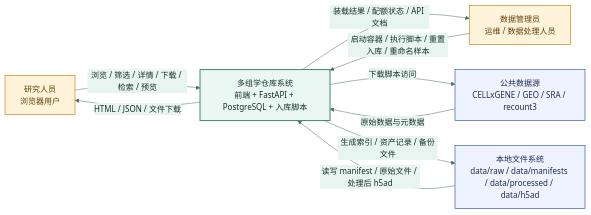
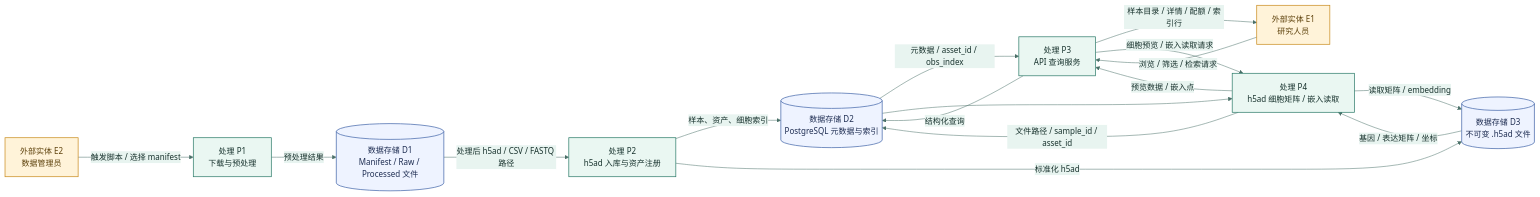
One commit to YourongZhou/sc_bulk_db changed the fourth of 9 diagrams in docs/system-engineering-figures-mermaid.md. Above: the diagram before and after it, drawn with Mermaid.

Commit message:
Update system-outer entity interaction figure.

````diff
--- a/docs/system-engineering-figures-mermaid.md
+++ b/docs/system-engineering-figures-mermaid.md
@@ -154,29 +154,47 @@
 ```mermaid
-%%{init: {'theme':'base','themeVariables': {'fontFamily':'PingFang SC, Microsoft YaHei, sans-serif','primaryColor':'#F8FBFA','primaryTextColor':'#18322D','primaryBorderColor':'#1F6B5D','lineColor':'#4A7068','secondaryColor':'#E8F4F0','tertiaryColor':'#FFF8E8'}, 'flowchart': {'curve':'basis','htmlLabels': true}} }%%
+---
+config:
+  theme: base
+  themeVariables:
+    fontFamily: ''
+    primaryColor: '#F8FBFA'
+    primaryTextColor: '#18322D'
+    primaryBorderColor: '#1F6B5D'
+    lineColor: '#4A7068'
+    secondaryColor: '#E8F4F0'
+    tertiaryColor: '#FFF8E8'
+  flowchart:
+    curve: basis
+    htmlLabels: true
+  layout: fixed
+---
 flowchart LR
-    U1["研究人员<br/>浏览器用户"]
-    U2["数据管理员<br/>运维 / 数据处理人员"]
-    E1["公共数据源<br/>CELLxGENE / GEO / SRA / recount3"]
-    E2["本地文件系统<br/>data/raw / data/manifests / data/processed / data/h5ad"]
+    E2["外部实体 E2<br>数据管理员"] -- 触发脚本 / 选择 manifest --> P1["处理 P1<br>下载与预处理"]
+    P1 -- 预处理结果 --> D1[("数据存储 D1<br>Manifest / Raw / Processed 文件")]
+    D1 -- 处理后 h5ad / CSV / FASTQ 路径 --> P2["处理 P2<br>h5ad 入库与资产注册"]
+    P2 -- 样本、资产、细胞索引 --> D2[("数据存储 D2<br>PostgreSQL 元数据与索引")]
+    P2 -- 标准化 h5ad --> D3[("数据存储 D3<br>不可变 .h5ad 文件")]
+    E1["外部实体 E1<br>研究人员"] -- 浏览 / 筛选 / 检索请求 --> P3["处理 P3<br>API 查询服务"]
+    P3 -- 样本目录 / 详情 / 配额 / 索引行 --> E1
+    P3 -- 结构化查询 --> D2
+    D2 -- 元数据 / asset_id / obs_index --> P3
+    P3 -- 细胞预览 / 嵌入读取请求 --> P4["处理 P4<br>h5ad 细胞矩阵 / 嵌入读取"]
+    P4 -- 文件路径 / sample_id / asset_id --> D2
+    D2 -- <br> --> P4
+    P4 -- 读取矩阵 / embedding --> D3
+    D3 -- 基因 / 表达矩阵 / 坐标 --> P4
+    P4 -- 预览数据 / 嵌入点 --> P3
 
-    SYS["多组学仓库系统<br/>前端 + FastAPI + PostgreSQL + 入库脚本"]
-
-    U1 -- 浏览 / 筛选 / 详情 / 下载 / 检索 / 预览 --> SYS
-    SYS -- HTML / JSON / 文件下载 --> U1
-
-    U2 -- 启动容器 / 执行脚本 / 重置入库 / 重命名样本 --> SYS
-    SYS -- 装载结果 / 配额状态 / API 文档 --> U2
-
-    E1 -- 原始数据与元数据 --> SYS
-    SYS -- 下载脚本访问 --> E1
-
-    E2 -- 读写 manifest / 原始文件 / 处理后 h5ad --> SYS
-    SYS -- 生成索引 / 资产记录 / 备份文件 --> E2
-
-    classDef actor fill:#FFF3D9,stroke:#C98B1D,color:#5E420C,stroke-width:1.4px;
-    classDef entity fill:#EEF3FF,stroke:#3F63A8,color:#1E2D52,stroke-width:1.4px;
-    classDef system fill:#EAF7F2,stroke:#2B7A68,color:#17322D,stroke-width:1.8px;
-    class U1,U2 actor;
-    class E1,E2 entity;
-    class SYS system;
+     E2:::ext
+     P1:::proc
+     D1:::store
+     P2:::proc
+     D2:::store
+     D3:::store
+     E1:::ext
+     P3:::proc
+     P4:::proc
+    classDef ext fill:#FFF3D9,stroke:#C98B1D,color:#5E420C,stroke-width:1.4px
+    classDef proc fill:#EAF7F2,stroke:#2B7A68,color:#17322D,stroke-width:1.4px
+    classDef store fill:#EEF3FF,stroke:#3F63A8,color:#1E2D52,stroke-width:1.4px
 ```
````
